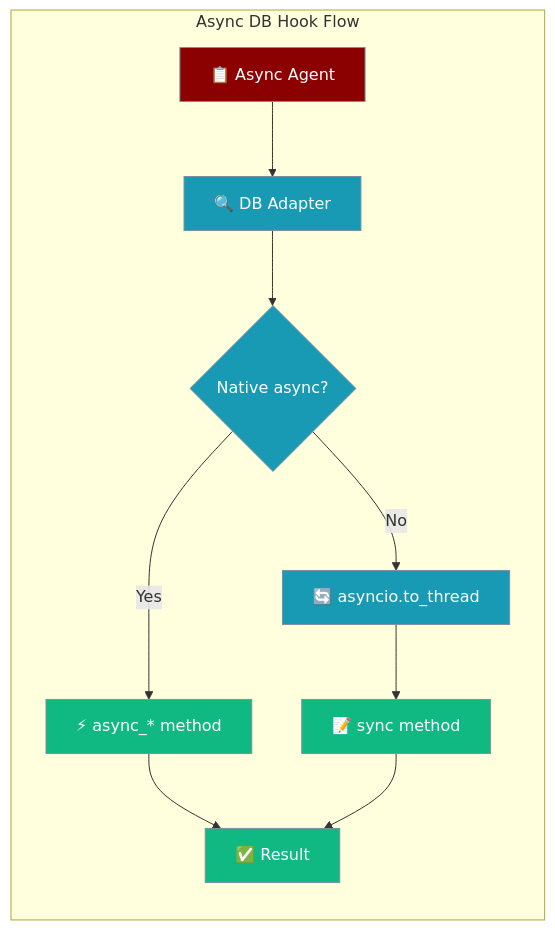
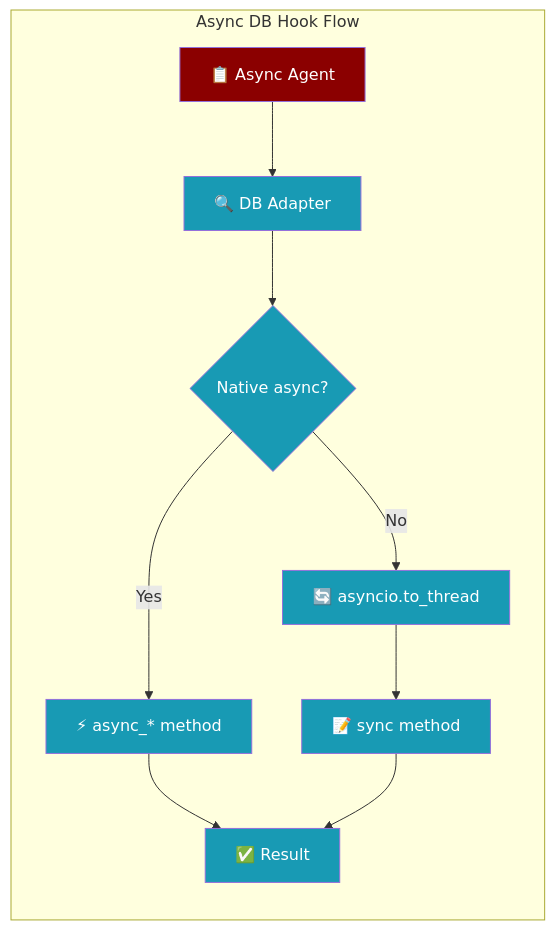
Before and after one commit to MervinPraison/PraisonAIDocs: the first of 2 diagrams in docs/features/async-db-hooks.mdx, drawn with Mermaid. The commit also changed 24 other files, not shown here.

````diff
--- a/docs/features/async-db-hooks.mdx
+++ b/docs/features/async-db-hooks.mdx
@@ -22,20 +22,18 @@
 ```mermaid
 graph LR
     subgraph "Async DB Hook Flow"
         A[📋 Async Agent] --> B[🔍 DB Adapter]
         B --> C{Native async?}
         C -->|Yes| D[⚡ async_* method]
         C -->|No| E[🔄 asyncio.to_thread]
         E --> F[📝 sync method]
         D --> G[✅ Result]
         F --> G
     end
     
-    classDef input fill:#8B0000,stroke:#7C90A0,color:#fff
-    classDef process fill:#189AB4,stroke:#7C90A0,color:#fff
-    classDef output fill:#10B981,stroke:#7C90A0,color:#fff
+    classDef agent fill:#8B0000,color:#fff
+    classDef tool fill:#189AB4,color:#fff
     
-    class A input
-    class B,C,E process
-    class D,F,G output
+    class A agent
+    class B,C,D,E,F,G tool
 ```
````
